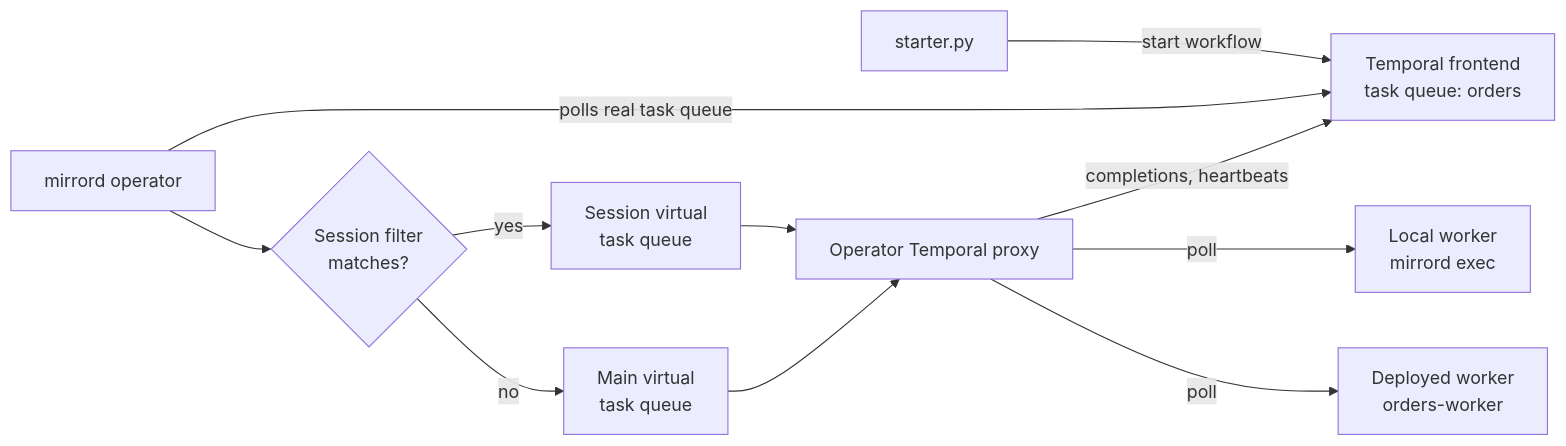
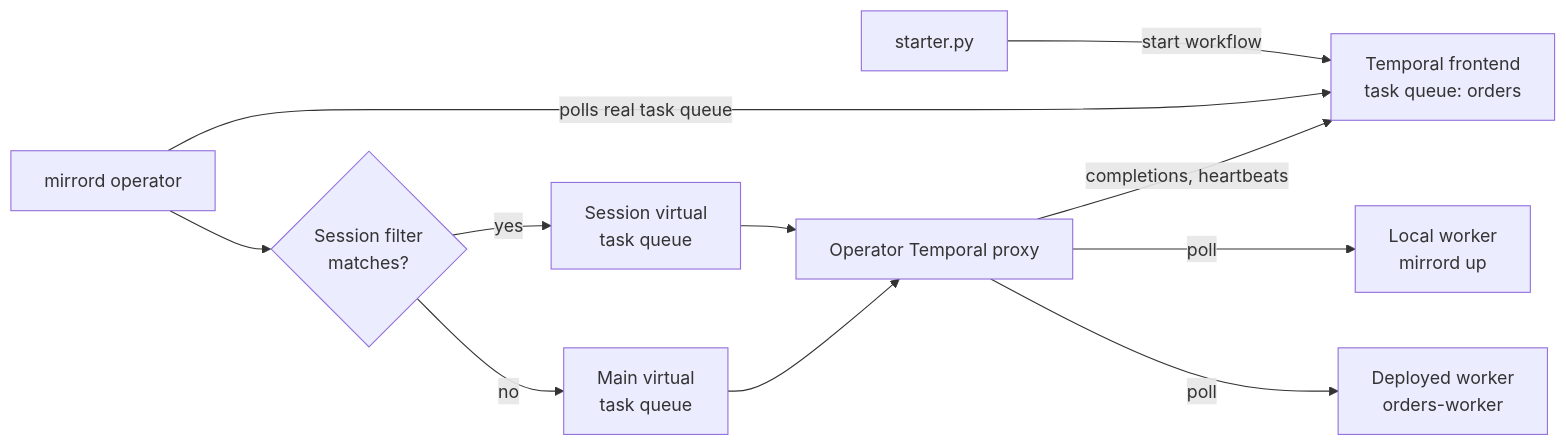
One commit to metalbear-co/docs changed the diagram in docs/tutorials/queues/how-to-test-temporal-workers.md. Above: the diagram before and after it, drawn with Mermaid. The commit also changed other lines of this file and 7 other files, not shown here.

````diff
--- a/docs/tutorials/queues/how-to-test-temporal-workers.md
+++ b/docs/tutorials/queues/how-to-test-temporal-workers.md
@@ -615,13 +600,13 @@
 ```mermaid
 flowchart LR
     starter[starter.py] -->|start workflow| frontend[Temporal frontend<br/>task queue: orders]
     operator[mirrord operator] -->|polls real task queue| frontend
     operator --> filter{Session filter<br/>matches?}
     filter -->|yes| sessionq[Session virtual<br/>task queue]
     filter -->|no| mainq[Main virtual<br/>task queue]
     sessionq --> proxy[Operator Temporal proxy]
     mainq --> proxy
-    proxy -->|poll| local[Local worker<br/>mirrord exec]
+    proxy -->|poll| local[Local worker<br/>mirrord up]
     proxy -->|poll| deployed[Deployed worker<br/>orders-worker]
     proxy -->|completions, heartbeats| frontend
 ```
````
